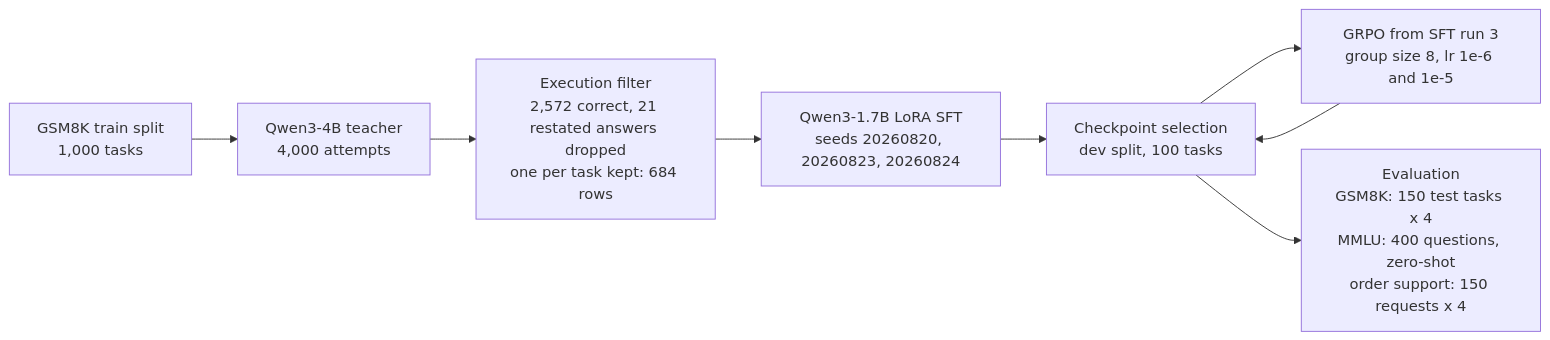
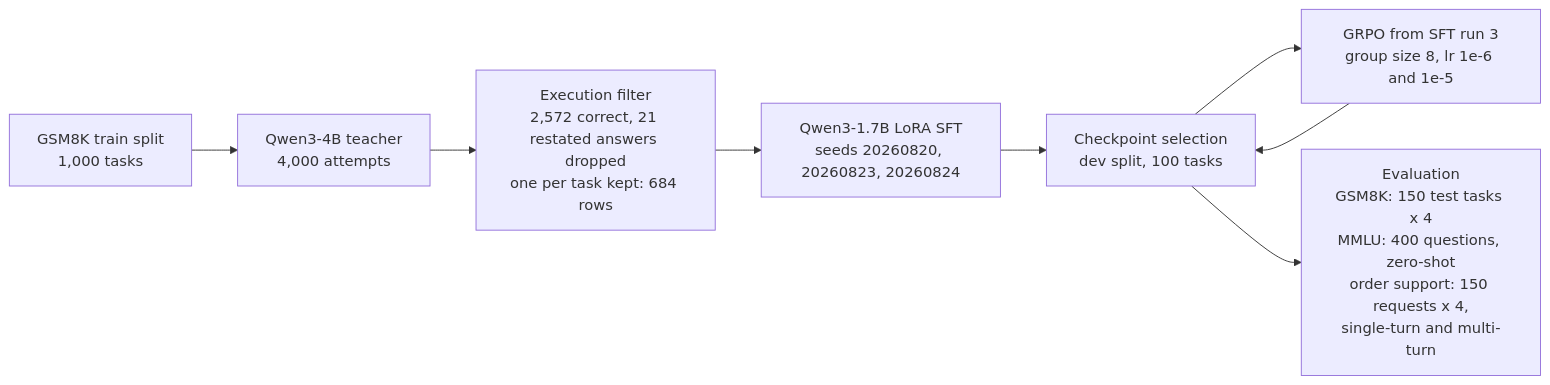
One commit to DEZ-byte/agent-reliability changed the diagram in README.md. Above: the diagram before and after it, drawn with Mermaid. The commit also changed other lines of this file and 3 other files, not shown here.

Commit message:
docs: report the multi-turn order-support results

````diff
--- a/README.md
+++ b/README.md
@@ -64,10 +80,10 @@
 ```mermaid
 flowchart LR
     A["GSM8K train split<br/>1,000 tasks"] --> B["Qwen3-4B teacher<br/>4,000 attempts"]
     B --> C["Execution filter<br/>2,572 correct, 21 restated answers dropped<br/>one per task kept: 684 rows"]
     C --> D["Qwen3-1.7B LoRA SFT<br/>seeds 20260820, 20260823, 20260824"]
     D --> E["Checkpoint selection<br/>dev split, 100 tasks"]
     E --> F["GRPO from SFT run 3<br/>group size 8, lr 1e-6 and 1e-5"]
     F --> E
-    E --> G["Evaluation<br/>GSM8K: 150 test tasks x 4<br/>MMLU: 400 questions, zero-shot<br/>order support: 150 requests x 4"]
+    E --> G["Evaluation<br/>GSM8K: 150 test tasks x 4<br/>MMLU: 400 questions, zero-shot<br/>order support: 150 requests x 4,<br/>single-turn and multi-turn"]
 ```
````
